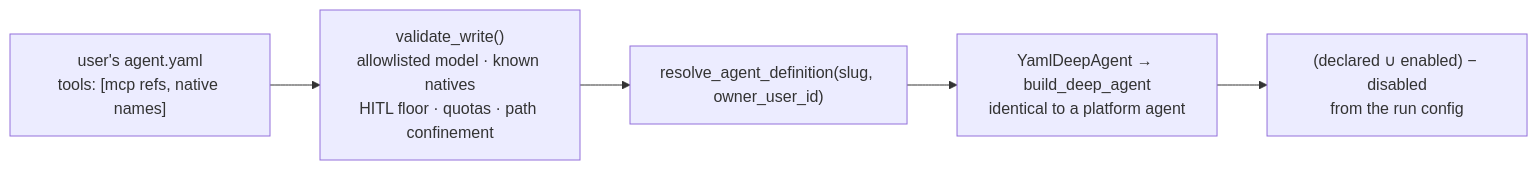
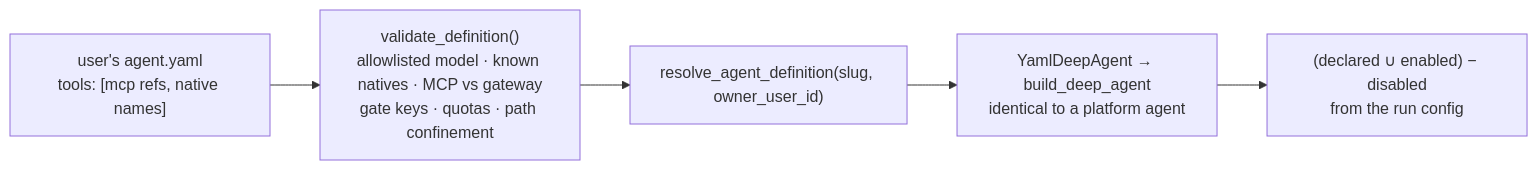
One commit to konstantinosmpouros/mAgenticX changed the fifth of 5 diagrams in docs/development/tool-harness.md. Above: the diagram before and after it, drawn with Mermaid. The commit also changed other lines of this file and 49 other files, not shown here.

Commit message:
feat(agents,dialogue_bridge,agentic_ui,docs): agent builder backend (plan 44 P1) — model and built-in tool catalogs, field-level validation issues, YAML import/export, atomic create, batch approvals, ownership checks on every agent lookup; readable inline code in sub-agent instructions; AgentsIcon

````diff
--- a/docs/development/tool-harness.md
+++ b/docs/development/tool-harness.md
@@ -176,7 +178,7 @@
 ```mermaid
 flowchart LR
-    SPEC["user's agent.yaml<br/>tools: [mcp refs, native names]"] --> VAL["validate_write()<br/>allowlisted model · known natives<br/>HITL floor · quotas · path confinement"]
+    SPEC["user's agent.yaml<br/>tools: [mcp refs, native names]"] --> VAL["validate_definition()<br/>allowlisted model · known natives · MCP vs gateway<br/>gate keys · quotas · path confinement"]
     VAL --> RES["resolve_agent_definition(slug, owner_user_id)"]
     RES --> BUILD["YamlDeepAgent → build_deep_agent<br/>identical to a platform agent"]
     BUILD --> OVR["(declared ∪ enabled) − disabled<br/>from the run config"]
 ```
````
